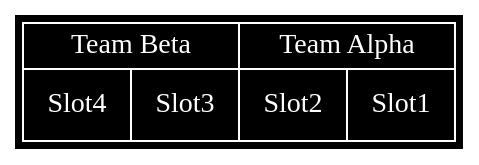
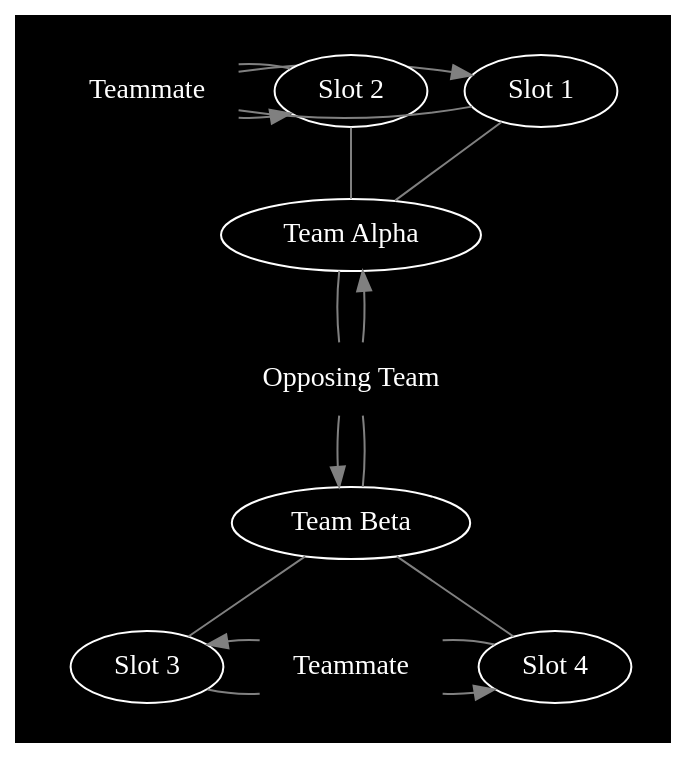
The second of 9 diagrams in Doc/Doxygen/Battle/additional-documentation/pages/1-concepts-player-.md (Alt-Org/Altzone), drawn with Graphviz before and after one commit. The commit also changed other lines of this file, not shown here.

Commit message:
BattleDoc 1-concepts-player.md: Updated Player Teams and Slots documentation #1700

````diff
--- a/Doc/Doxygen/Battle/additional-documentation/pages/1-concepts-player-.md
+++ b/Doc/Doxygen/Battle/additional-documentation/pages/1-concepts-player-.md
@@ -74,23 +78,55 @@
 ```dot
-graph PlayerSlotsAndTeams {
-  layout=osage;
-  color=white;
+digraph PlayerSlotsAndTeams {
   fontcolor=white;
   bgcolor=black;
-  pack=0;
+  splines=line;
 
-  node [shape=box, style=filled, color=white, fontcolor=white, fillcolor=black];
+  node [shape=ellipse, style=filled, color=white, fontcolor=white, fillcolor=black];
+  edge [color=gray];
+
+  subgraph cluster_alpha {
+    Alpha [label = "Team Alpha"]
+    {
+      rank=same;
+      Slot1 [label = "Slot 1"]
+      Slot2 [label = "Slot 2"]
+      AlphaTeammate [shape = plaintext, label = "Teammate", fillcolor=transparent]
+    }
+
+    AlphaTeammate -> Alpha [style=invis]
+
+    Slot1, Slot2 -> Alpha [dir=none]
+
+    AlphaTeammate -> Slot1 [dir=none]
+    AlphaTeammate -> Slot2
+    Slot2 -> AlphaTeammate [dir=none]
+    Slot1 -> AlphaTeammate [dir=back]
+  }
 
   subgraph cluster_beta {
-    label="Team Beta";
-    Slot4
-    Slot3
+    Beta  [label = "Team Beta"]
+    {
+      rank=same;
+      Slot3 [label = "Slot 3"]
+      Slot4 [label = "Slot 4"]
+      BetaTeammate [shape = plaintext, label = "Teammate", fillcolor=transparent]
+    }
+
+    Beta -> BetaTeammate [style=invis]
+
+    Beta -> Slot3, Slot4 [dir=none]
+
+    BetaTeammate -> Slot3 [dir=none]
+    BetaTeammate -> Slot4
+    Slot4 -> BetaTeammate [dir=none]
+    Slot3 -> BetaTeammate [dir=back]
   }
 
-  subgraph cluster_alpha {
-    label="Team Alpha";
-    Slot2
-    Slot1
-  }
+  OpposingTeam [shape = plaintext, label = "Opposing Team", fillcolor=transparent]
+
+  Alpha -> OpposingTeam [dir = none]
+  OpposingTeam -> Beta
+  OpposingTeam -> Beta [dir = none]
+  Alpha -> OpposingTeam [dir = back]
 }
 ```
````
